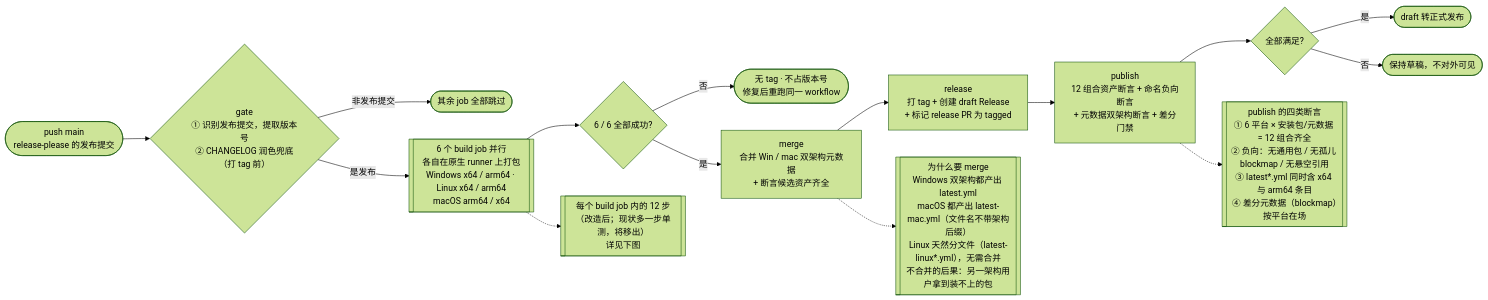
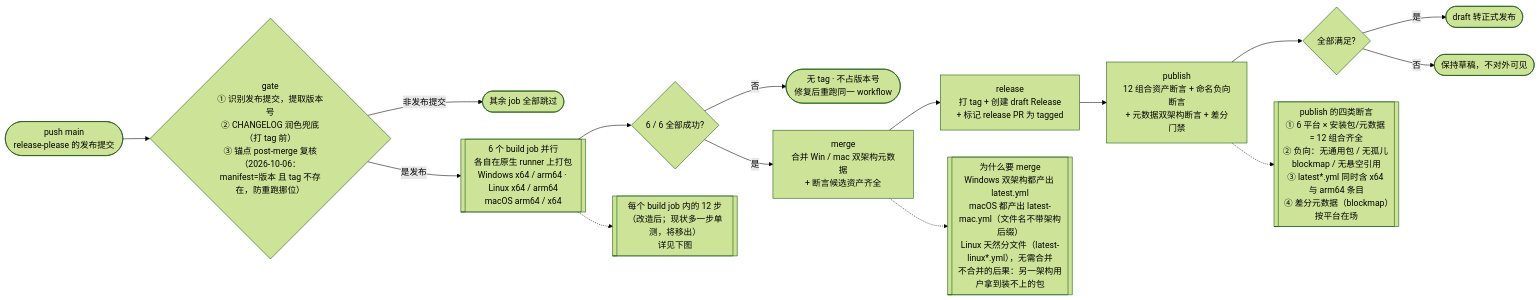
One commit to zlh12331/superagent changed the second of 4 diagrams in docs/design/29-pipeline-spec.md. Above: the diagram before and after it, drawn with Mermaid (forest theme). The commit also changed other lines of this file and 7 other files, not shown here.

````diff
--- a/docs/design/29-pipeline-spec.md
+++ b/docs/design/29-pipeline-spec.md
@@ -237,22 +239,22 @@
 ```mermaid
 flowchart LR
   PUSH(["push main<br/>release-please 的发布提交"]) --> GATE
 
-  GATE{"gate<br/>① 识别发布提交，提取版本号<br/>② CHANGELOG 润色兜底（打 tag 前）"}
+  GATE{"gate<br/>① 识别发布提交，提取版本号<br/>② CHANGELOG 润色兜底（打 tag 前）<br/>③ 锚点 post-merge 复核（2026-10-06：<br/>manifest=版本 且 tag 不存在，防重跑挪位）"}
   GATE -->|非发布提交| SKIP(["其余 job 全部跳过"])
   GATE -->|是发布| BFAN[["6 个 build job 并行<br/>各自在原生 runner 上打包<br/>Windows x64 / arm64 · Linux x64 / arm64<br/>macOS arm64 / x64"]]
 
   BFAN --> OK{"6 / 6 全部成功?"}
   OK -->|否| FAIL(["无 tag · 不占版本号<br/>修复后重跑同一 workflow"])
   OK -->|是| MG["merge<br/>合并 Win / mac 双架构元数据<br/>+ 断言候选资产齐全"]
 
   MG --> REL["release<br/>打 tag + 创建 draft Release<br/>+ 标记 release PR 为 tagged"]
   REL --> PUB["publish<br/>12 组合资产断言 + 命名负向断言<br/>+ 元数据双架构断言 + 差分门禁"]
   PUB --> POK{"全部满足?"}
   POK -->|是| LIVE(["draft 转正式发布"])
   POK -->|否| DRAFT(["保持草稿，不对外可见"])
 
   BFAN -.-> BD[["每个 build job 内的 12 步<br/>（改造后；现状多一步单测，将移出）<br/>详见下图"]]
   MG -.-> MD[["为什么要 merge<br/>Windows 双架构都产出 latest.yml<br/>macOS 都产出 latest-mac.yml（文件名不带架构后缀）<br/>Linux 天然分文件（latest-linux*.yml），无需合并<br/>不合并的后果：另一架构用户拿到装不上的包"]]
   PUB -.-> PD[["publish 的四类断言<br/>① 6 平台 × 安装包/元数据 = 12 组合齐全<br/>② 负向：无通用包 / 无孤儿 blockmap / 无悬空引用<br/>③ latest*.yml 同时含 x64 与 arm64 条目<br/>④ 差分元数据（blockmap）按平台在场"]]
 ```
````
